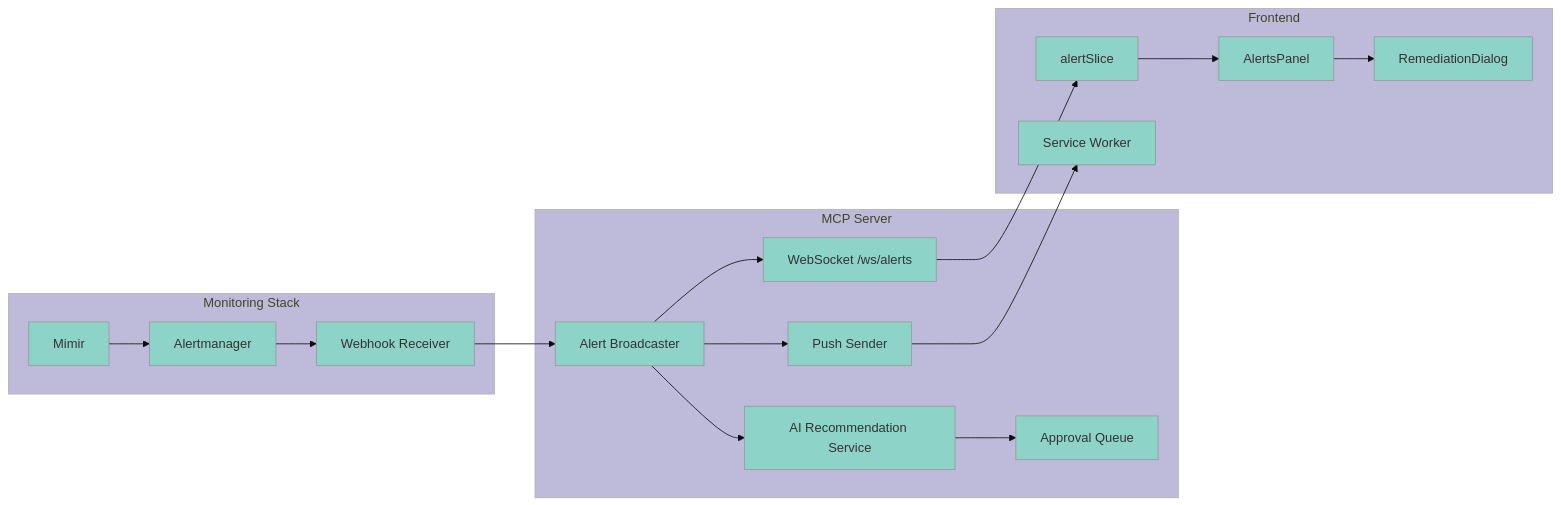
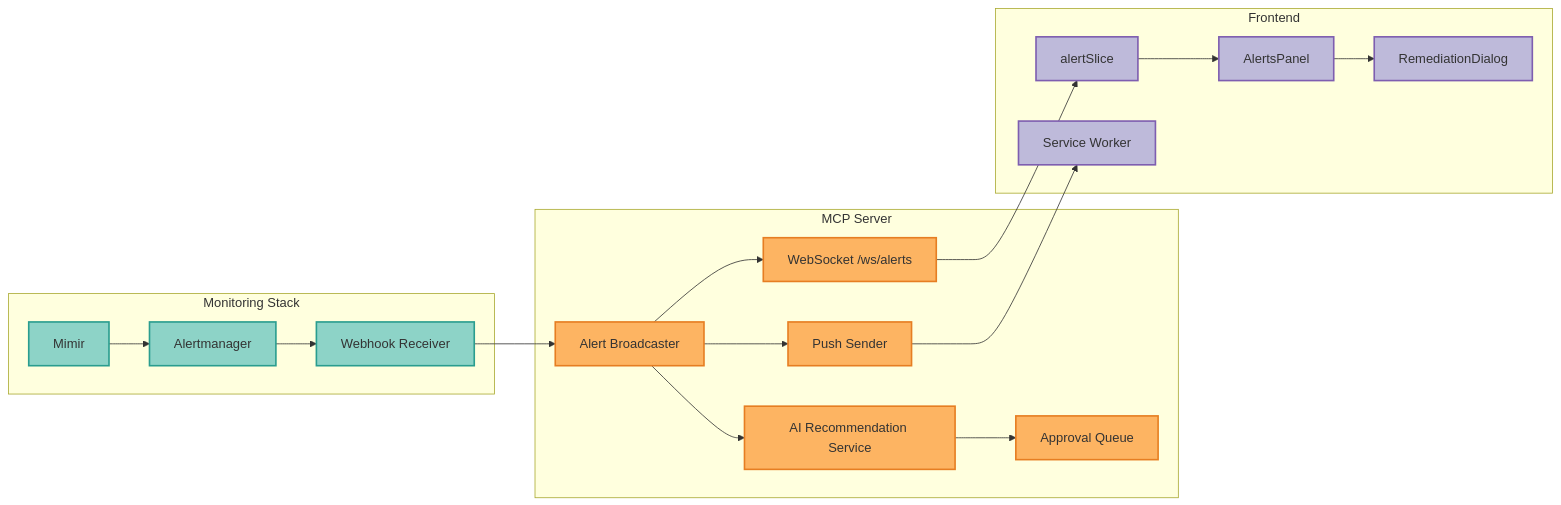
Before and after one commit to vishnu2kmohan/mcp-server-langgraph: the first of 3 diagrams in docs/guides/alert-management.mdx, drawn with Mermaid. The commit also changed other lines of this file and 25 other files, not shown here.

````diff
--- a/docs/guides/alert-management.mdx
+++ b/docs/guides/alert-management.mdx
@@ -28,23 +28,31 @@
 ```mermaid
-%%{init: {'theme':'base', 'themeVariables': {'primaryColor':'#8dd3c7','secondaryColor':'#ffffb3','tertiaryColor':'#bebada'}}}%%
 flowchart LR
     subgraph Monitoring Stack
         AM[Alertmanager] --> WH[Webhook Receiver]
         Mimir --> AM
     end
 
     subgraph MCP Server
         WH --> AB[Alert Broadcaster]
         AB --> WS[WebSocket /ws/alerts]
         AB --> PS[Push Sender]
         AB --> AI[AI Recommendation Service]
         AI --> AQ[Approval Queue]
     end
 
     subgraph Frontend
         WS --> AS[alertSlice]
         PS --> SW[Service Worker]
         AS --> AP[AlertsPanel]
         AP --> RD[RemediationDialog]
     end
+
+    %% ColorBrewer2 Set3 palette - each component type uniquely colored
+    classDef monitorStyle fill:#8dd3c7,stroke:#2a9d8f,stroke-width:2px,color:#333
+    classDef serverStyle fill:#fdb462,stroke:#e67e22,stroke-width:2px,color:#333
+    classDef frontendStyle fill:#bebada,stroke:#7e5eb0,stroke-width:2px,color:#333
+
+    class AM,WH,Mimir monitorStyle
+    class AB,WS,PS,AI,AQ serverStyle
+    class AS,SW,AP,RD frontendStyle
 ```
````
